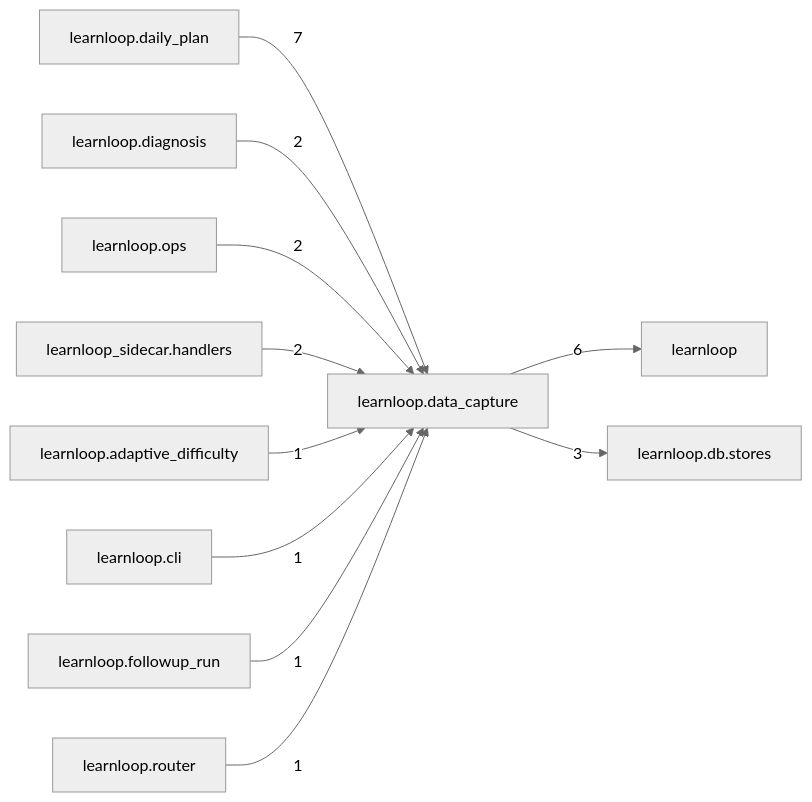
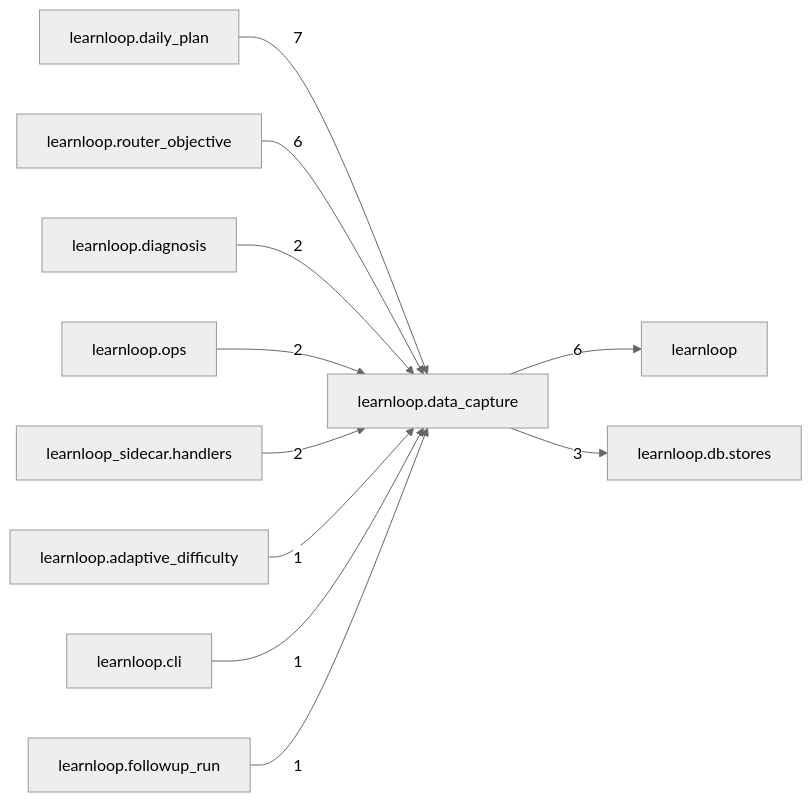
One commit to 6up-b/learnanything changed the diagram in docs/learnloop-architecture-vault/Reference/Modules/learnloop/data_capture/_package.md. Above: the diagram before and after it, drawn with Mermaid (neutral theme). The commit also changed other lines of this file and 584 other files, not shown here.

````diff
--- a/docs/learnloop-architecture-vault/Reference/Modules/learnloop/data_capture/_package.md
+++ b/docs/learnloop-architecture-vault/Reference/Modules/learnloop/data_capture/_package.md
@@ -81,24 +84,24 @@
 ```mermaid
 flowchart LR
     center["learnloop.data_capture"]
     n_learnloop_daily_plan["learnloop.daily_plan"]
     n_learnloop["learnloop"]
+    n_learnloop_router_objective["learnloop.router_objective"]
     n_learnloop_db_stores["learnloop.db.stores"]
     n_learnloop_diagnosis["learnloop.diagnosis"]
     n_learnloop_ops["learnloop.ops"]
     n_learnloop_sidecar_handlers["learnloop_sidecar.handlers"]
     n_learnloop_adaptive_difficulty["learnloop.adaptive_difficulty"]
     n_learnloop_cli["learnloop.cli"]
     n_learnloop_followup_run["learnloop.followup_run"]
-    n_learnloop_router["learnloop.router"]
     n_learnloop_daily_plan -->|7| center
     center -->|6| n_learnloop
+    n_learnloop_router_objective -->|6| center
     center -->|3| n_learnloop_db_stores
     n_learnloop_diagnosis -->|2| center
     n_learnloop_ops -->|2| center
     n_learnloop_sidecar_handlers -->|2| center
     n_learnloop_adaptive_difficulty -->|1| center
     n_learnloop_cli -->|1| center
     n_learnloop_followup_run -->|1| center
-    n_learnloop_router -->|1| center
 ```
````
